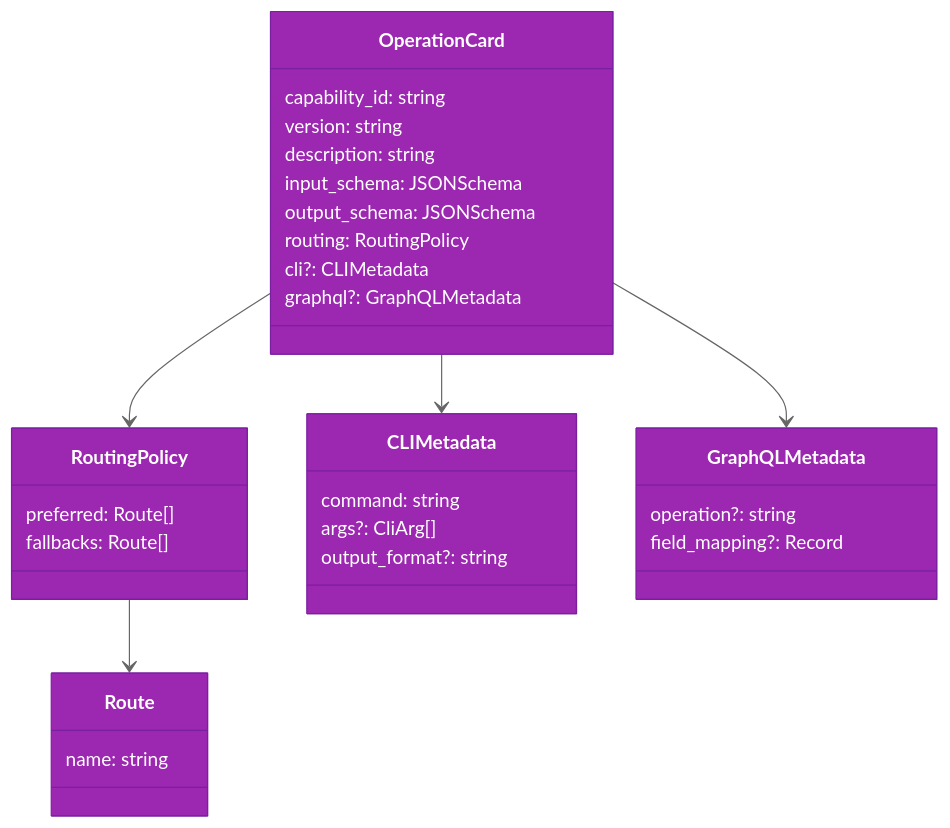
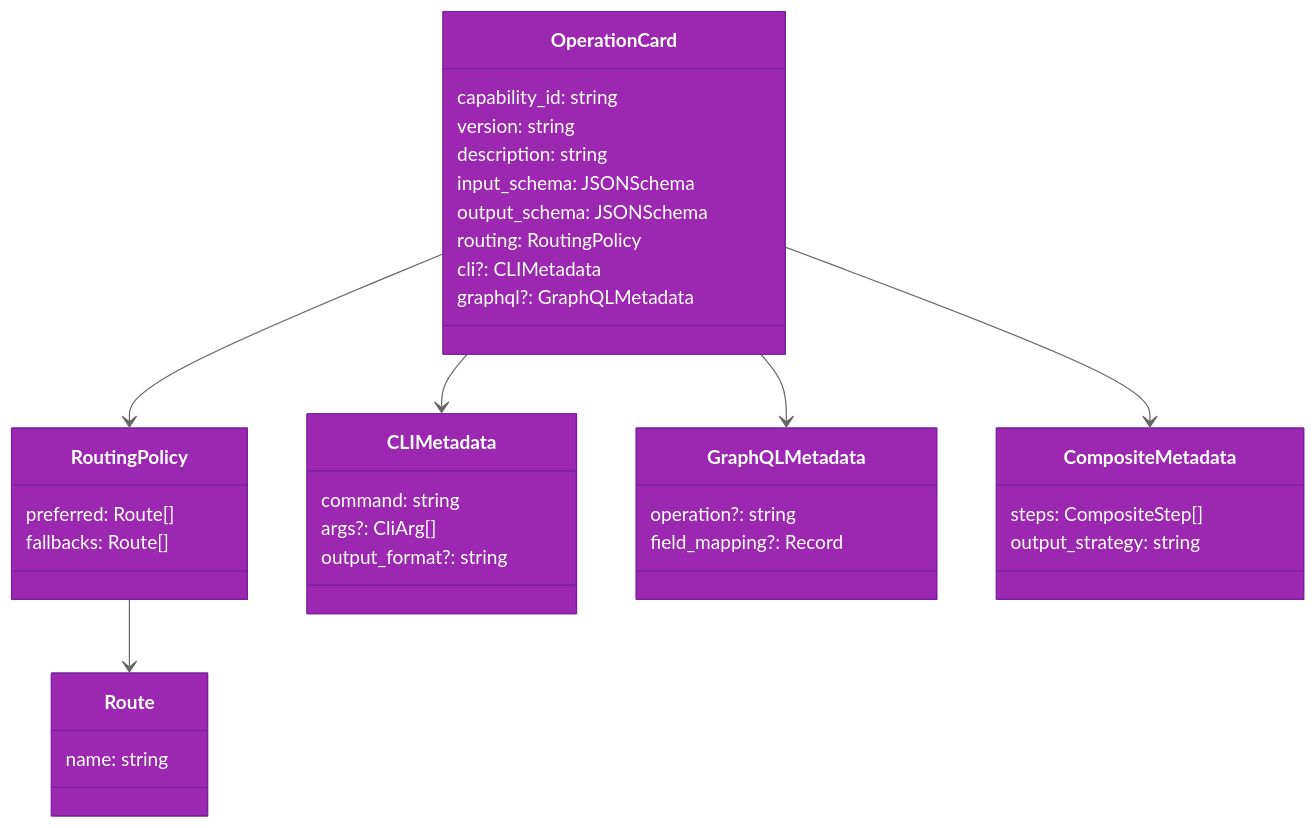
The diagram in docs/architecture/operation-cards.md (aryeko/ghx), drawn with Mermaid before and after one commit. The commit also changed other lines of this file and 12 other files, not shown here.

````diff
--- a/docs/architecture/operation-cards.md
+++ b/docs/architecture/operation-cards.md
@@ -7,39 +7,45 @@
 ```mermaid
 %%{init: {'theme': 'base', 'themeVariables': {'primaryColor': '#9C27B0', 'primaryTextColor': '#fff', 'primaryBorderColor': '#7B1FA2', 'lineColor': '#666', 'secondaryColor': '#CE93D8', 'tertiaryColor': '#E1BEE7'}}}%%
 classDiagram
     class OperationCard {
         capability_id: string
         version: string
         description: string
         input_schema: JSONSchema
         output_schema: JSONSchema
         routing: RoutingPolicy
         cli?: CLIMetadata
         graphql?: GraphQLMetadata
     }
 
     class RoutingPolicy {
         preferred: Route[]
         fallbacks: Route[]
     }
 
     class CLIMetadata {
         command: string
         args?: CliArg[]
         output_format?: string
     }
 
     class GraphQLMetadata {
         operation?: string
         field_mapping?: Record
     }
 
+    class CompositeMetadata {
+        steps: CompositeStep[]
+        output_strategy: string
+    }
+
     class Route {
         name: string
     }
 
     OperationCard --> RoutingPolicy
     OperationCard --> CLIMetadata
     OperationCard --> GraphQLMetadata
+    OperationCard --> CompositeMetadata
     RoutingPolicy --> Route
 ```
````
